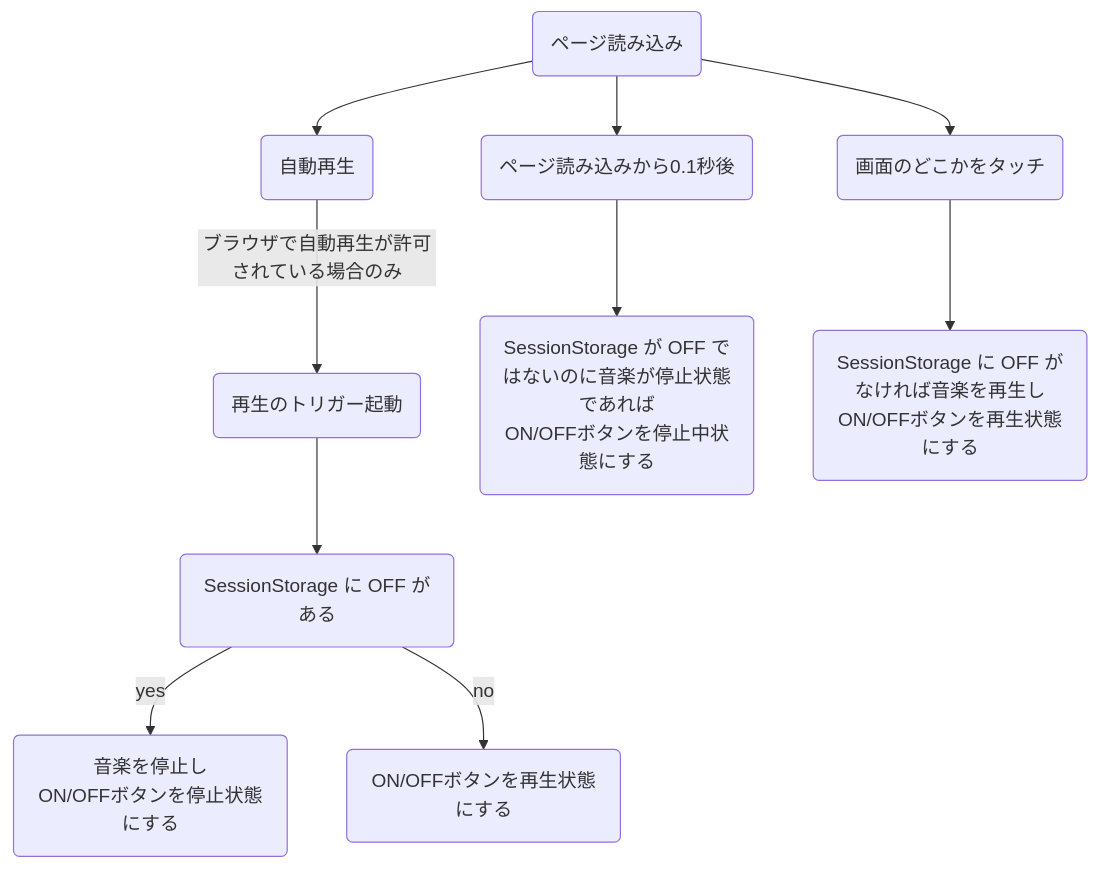
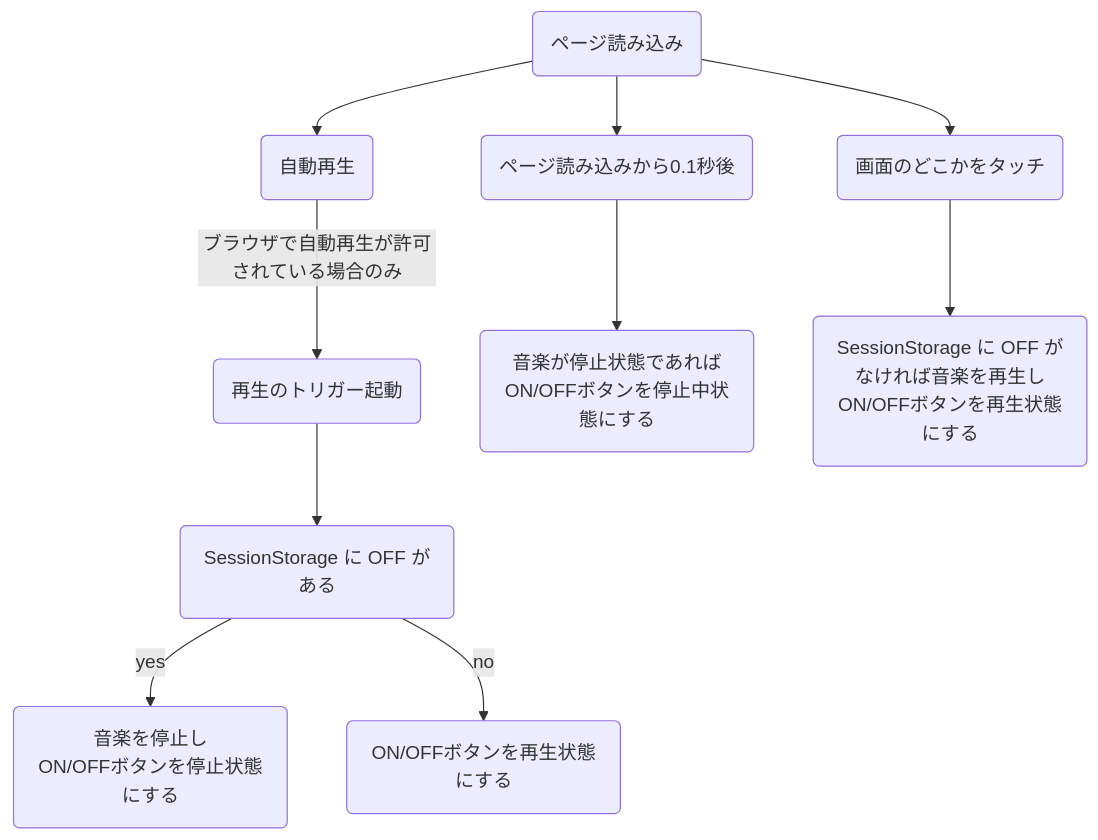
One commit to buddying-inc/demo.buddying.jp changed the diagram in bgm/README.md. Above: the diagram before and after it, drawn with Mermaid.

````diff
--- a/bgm/README.md
+++ b/bgm/README.md
@@ -1,25 +1,25 @@
 ```mermaid
 flowchart
     id0("ページ読み込み")
     id1("自動再生")
     id2("再生のトリガー起動")
     id3("SessionStorage に OFF がある")
     id4("音楽を停止し<br>ON/OFFボタンを停止状態にする")
     id5("ON/OFFボタンを再生状態にする")
     id6("ページ読み込みから0.1秒後")
-    id7("SessionStorage が OFF ではないのに音楽が停止状態であれば<br>ON/OFFボタンを停止中状態にする")
+    id7("音楽が停止状態であれば<br>ON/OFFボタンを停止中状態にする")
     id8("画面のどこかをタッチ")
     id9("SessionStorage に OFF がなければ音楽を再生し<br>ON/OFFボタンを再生状態にする")
     
     id0 --> id1
     id1 -- ブラウザで自動再生が許可されている場合のみ --> id2
     id2 --> id3
     id3 -- yes --> id4
     id3 -- no --> id5
     
     id0 --> id8
     id8 --> id9
     
     id0 --> id6
     id6 --> id7
 ```
````
